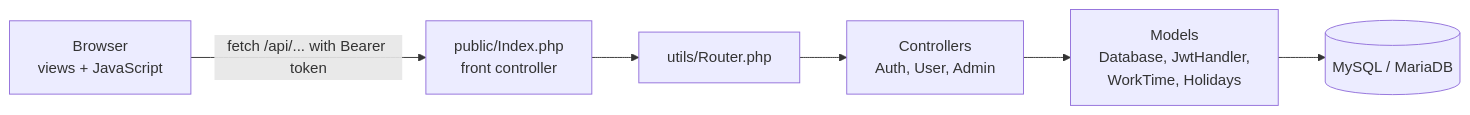
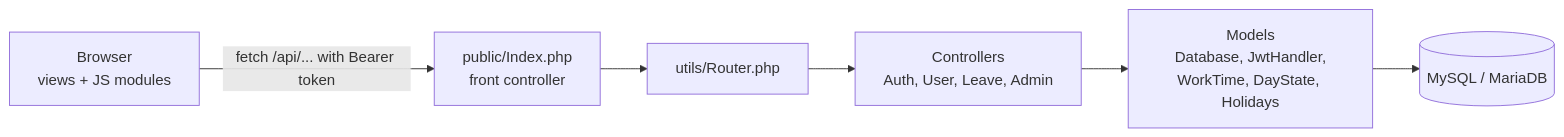
Before and after one commit to SawGamer/AbschlussProjekt: the diagram in README.md, drawn with Mermaid. The commit also changed other lines of this file and 12 other files, not shown here.

````diff
--- a/README.md
+++ b/README.md
@@ -28,8 +52,8 @@
 ```mermaid
 flowchart LR
-    B[Browser<br/>views + JavaScript] -- "fetch /api/... with Bearer token" --> I[public/Index.php<br/>front controller]
+    B[Browser<br/>views + JS modules] -- "fetch /api/... with Bearer token" --> I[public/Index.php<br/>front controller]
     I --> R[utils/Router.php]
-    R --> C[Controllers<br/>Auth, User, Admin]
-    C --> M[Models<br/>Database, JwtHandler,<br/>WorkTime, Holidays]
+    R --> C[Controllers<br/>Auth, User, Leave, Admin]
+    C --> M[Models<br/>Database, JwtHandler,<br/>WorkTime, DayState, Holidays]
     M --> D[(MySQL / MariaDB)]
 ```
````
